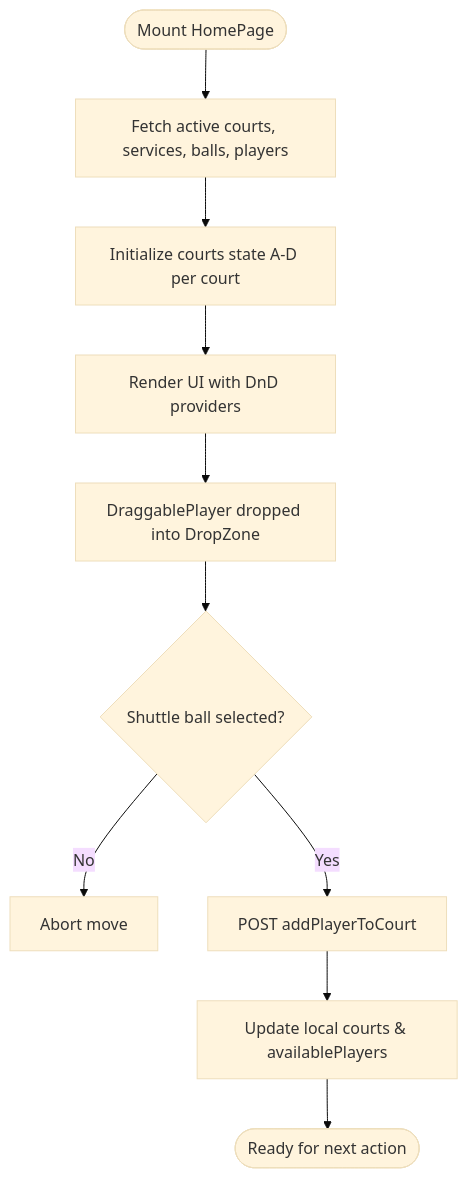
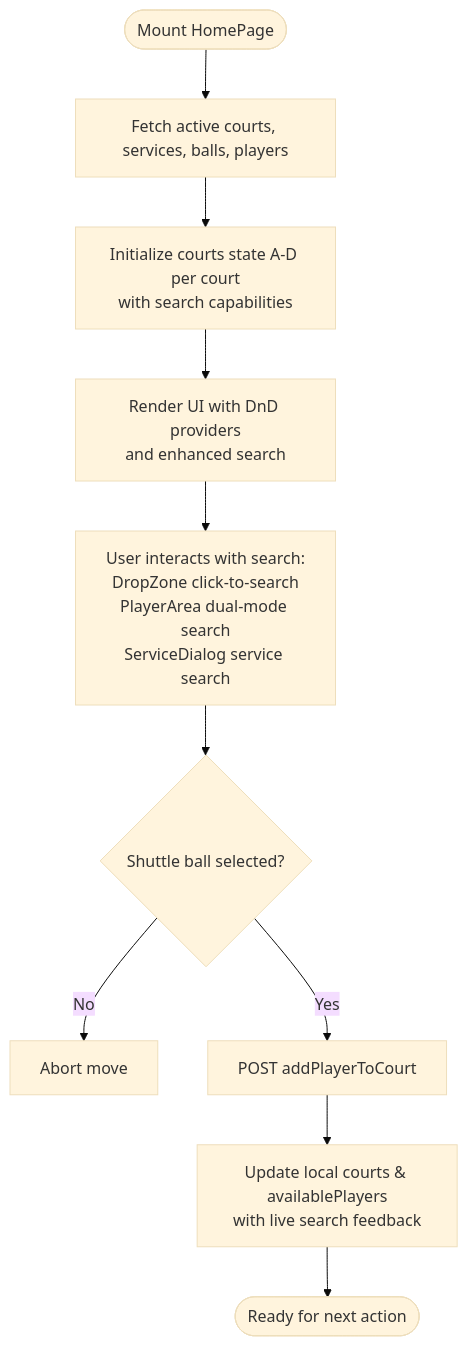
The third of 12 diagrams in .qoder/repowiki/en/content/Court Management Interface.md (Vissel/badminton-court-management), drawn with Mermaid (base theme) before and after one commit. The commit also changed other lines of this file and 36 other files, not shown here.

````diff
--- a/.qoder/repowiki/en/content/Court Management Interface.md
+++ b/.qoder/repowiki/en/content/Court Management Interface.md
@@ -137,12 +152,12 @@
 ```mermaid
 flowchart TD
 Start(["Mount HomePage"]) --> FetchData["Fetch active courts, services, balls, players"]
-FetchData --> InitState["Initialize courts state A-D per court"]
-InitState --> Render["Render UI with DnD providers"]
-Render --> DragPlayer["DraggablePlayer dropped into DropZone"]
-DragPlayer --> ValidateBall{"Shuttle ball selected?"}
+FetchData --> InitState["Initialize courts state A-D per court<br/>with search capabilities"]
+InitState --> Render["Render UI with DnD providers<br/>and enhanced search"]
+Render --> SearchInteraction["User interacts with search:<br/>DropZone click-to-search<br/>PlayerArea dual-mode search<br/>ServiceDialog service search"]
+SearchInteraction --> ValidateBall{"Shuttle ball selected?"}
 ValidateBall --> |No| Abort["Abort move"]
 ValidateBall --> |Yes| Move["POST addPlayerToCourt"]
-Move --> UpdateLocal["Update local courts & availablePlayers"]
+Move --> UpdateLocal["Update local courts & availablePlayers<br/>with live search feedback"]
 UpdateLocal --> Done(["Ready for next action"])
 ```
````
